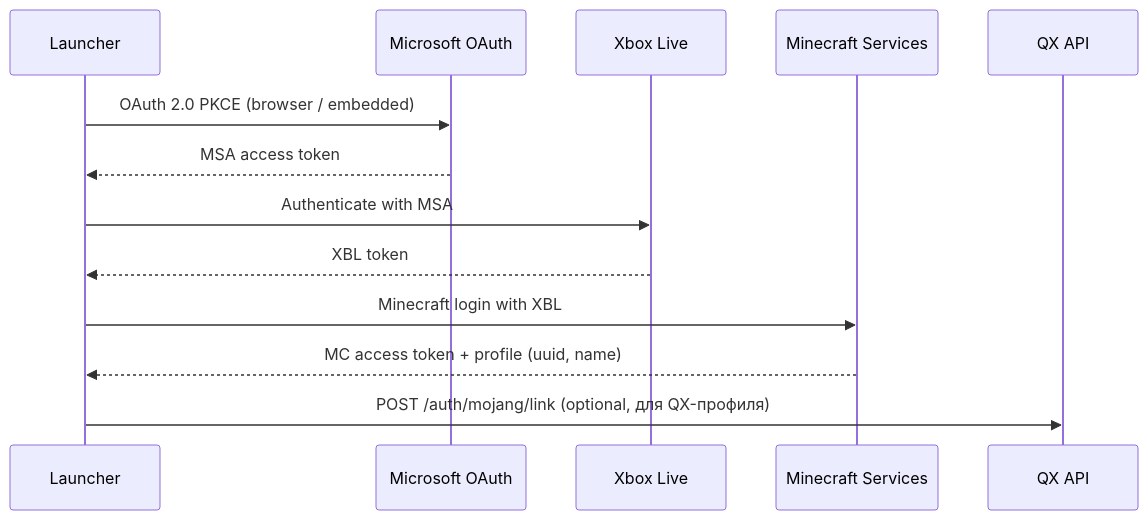
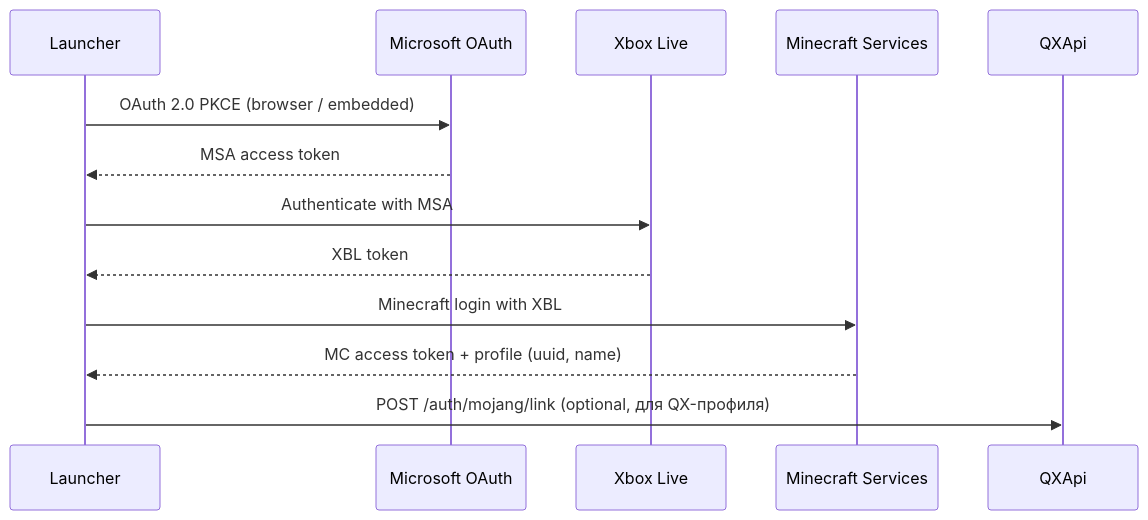
Before and after one commit to mindevis/qx-project: the tenth of 16 diagrams in docs/architecture.md, drawn with Mermaid. The commit also changed other lines of this file and 14 other files, not shown here.

````diff
--- a/docs/architecture.md
+++ b/docs/architecture.md
@@ -703,16 +665,16 @@
 ```mermaid
 sequenceDiagram
     participant L as Launcher
     participant MS as Microsoft OAuth
     participant Xbox as Xbox Live
     participant MC as Minecraft Services
-    participant API as QX API
+    participant API as QXApi
 
     L->>MS: OAuth 2.0 PKCE (browser / embedded)
     MS-->>L: MSA access token
     L->>Xbox: Authenticate with MSA
     Xbox-->>L: XBL token
     L->>MC: Minecraft login with XBL
     MC-->>L: MC access token + profile (uuid, name)
     L->>API: POST /auth/mojang/link (optional, для QX-профиля)
 ```
````
